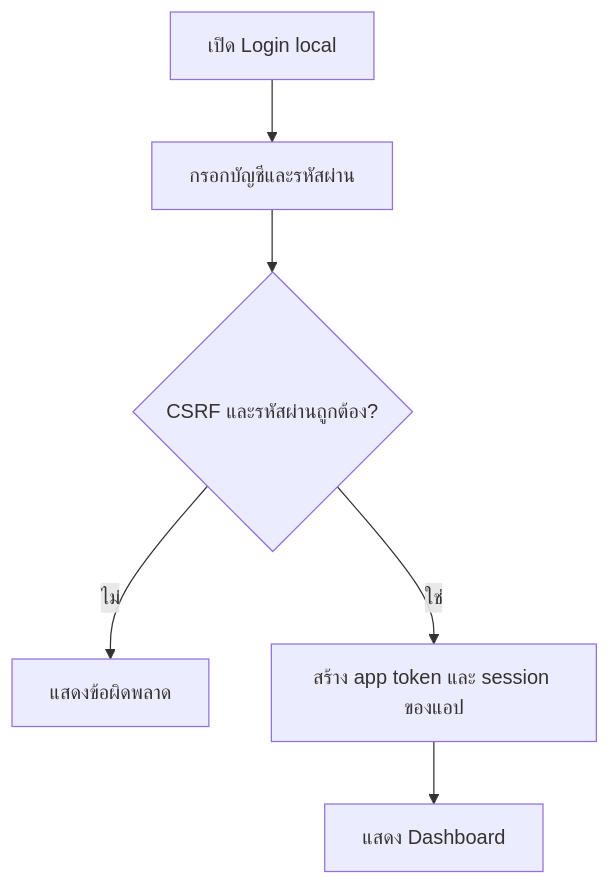
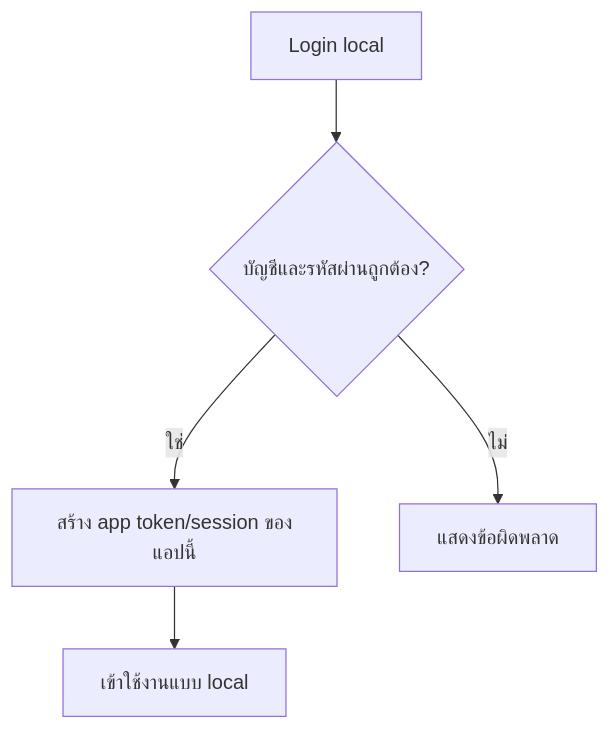
The second of 20 diagrams in docs/flows/LOGIN-AND-SESSION.md (Sin1apachai/poc_sso), drawn with Mermaid before and after one commit. The commit also changed other lines of this file and 149 other files, not shown here.

First line of the commit message:
Use one shared SSO token and simplify login handoff

````diff
--- a/docs/flows/LOGIN-AND-SESSION.md
+++ b/docs/flows/LOGIN-AND-SESSION.md
@@ -33,8 +32,7 @@
 ```mermaid
 flowchart TD
-    S[เปิด Login local] --> F[กรอกบัญชีและรหัสผ่าน]
-    F --> V{CSRF และรหัสผ่านถูกต้อง?}
+S[Login local] --> V{บัญชีและรหัสผ่านถูกต้อง?}
+    V -->|ใช่| T[สร้าง app token/session ของแอปนี้]
+    T --> H[เข้าใช้งานแบบ local]
     V -->|ไม่| E[แสดงข้อผิดพลาด]
-    V -->|ใช่| T[สร้าง app token และ session ของแอป]
-    T --> H[แสดง Dashboard]
 ```
````
